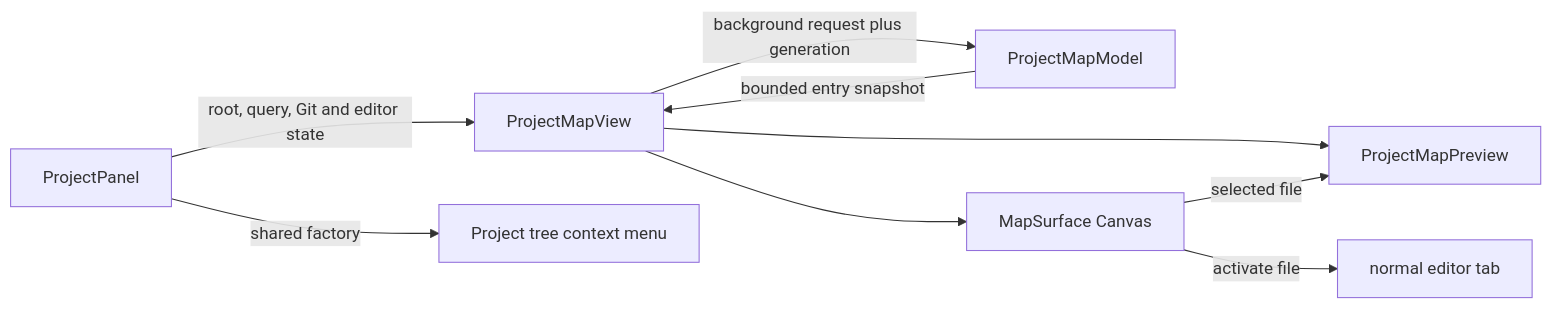
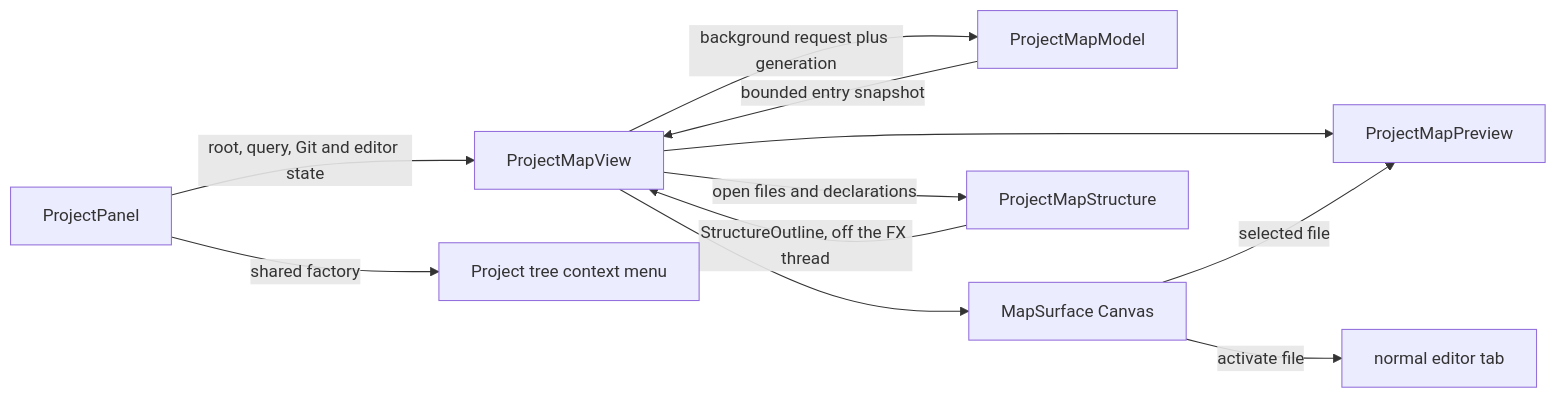
Before and after one commit to adriandeleon/Editora: the diagram in docs/subsystems/project-map.md, drawn with Mermaid. The commit also changed other lines of this file and 5 other files, not shown here.

First line of the commit message:
feat(project-map): keep structure columns across a rename; docs

````diff
--- a/docs/subsystems/project-map.md
+++ b/docs/subsystems/project-map.md
@@ -329,11 +381,13 @@
 ```mermaid
 flowchart LR
     ProjectPanel[ProjectPanel] -->|root, query, Git and editor state| View[ProjectMapView]
     View -->|background request plus generation| Model[ProjectMapModel]
     Model -->|bounded entry snapshot| View
     View --> Surface[MapSurface Canvas]
     View --> Preview[ProjectMapPreview]
+    View -->|open files and declarations| Structure[ProjectMapStructure]
+    Structure -->|StructureOutline, off the FX thread| View
     ProjectPanel -->|shared factory| Menu[Project tree context menu]
     Surface -->|selected file| Preview
     Surface -->|activate file| Editor[normal editor tab]
 ```
````
